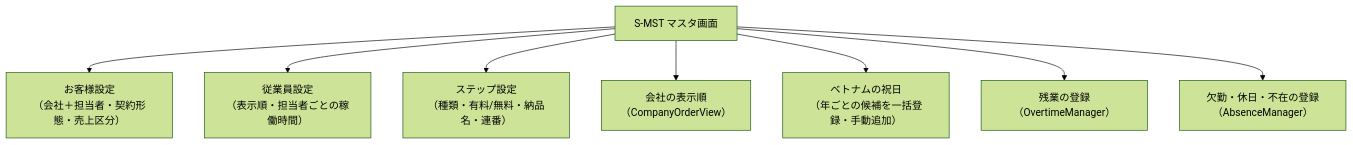
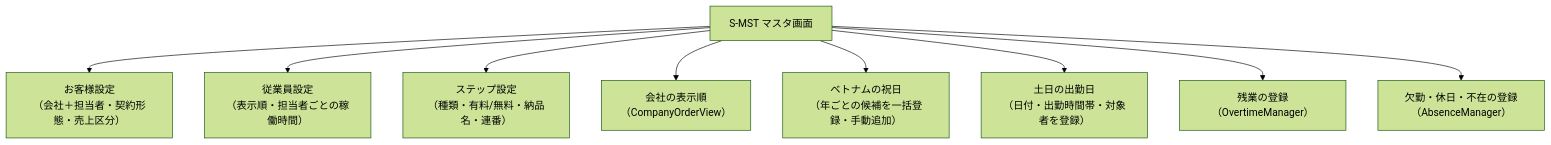
Before and after one commit to NAKAMUAR/koutei-zu: the sixth of 8 diagrams in docs/05_画面遷移図.md, drawn with Mermaid (forest theme). The commit also changed 12 other files, not shown here.

````diff
--- a/docs/05_画面遷移図.md
+++ b/docs/05_画面遷移図.md
@@ -236,11 +236,12 @@
 ```mermaid
 flowchart TD
     MST["S-MST マスタ画面"]
     MST --> T1["お客様設定<br/>（会社＋担当者・契約形態・売上区分）"]
     MST --> T2["従業員設定<br/>（表示順・担当者ごとの稼働時間）"]
     MST --> T3["ステップ設定<br/>（種類・有料/無料・納品名・連番）"]
     MST --> T4["会社の表示順<br/>（CompanyOrderView）"]
     MST --> T5["ベトナムの祝日<br/>（年ごとの候補を一括登録・手動追加）"]
+    MST --> T6["土日の出勤日<br/>（日付・出勤時間帯・対象者を登録）"]
     MST --> OT["残業の登録（OvertimeManager）"]
     MST --> AB["欠勤・休日・不在の登録（AbsenceManager）"]
 ```
````
